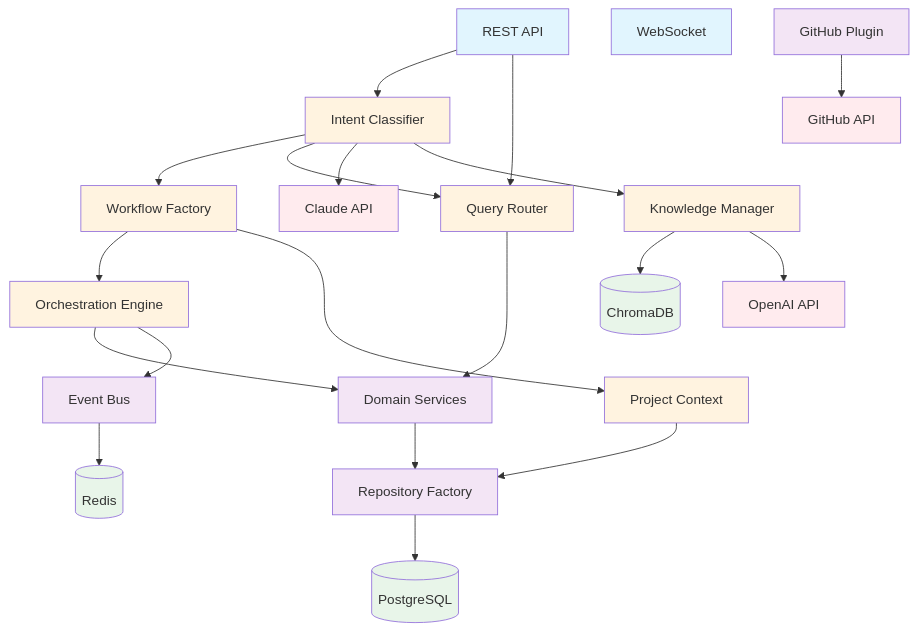
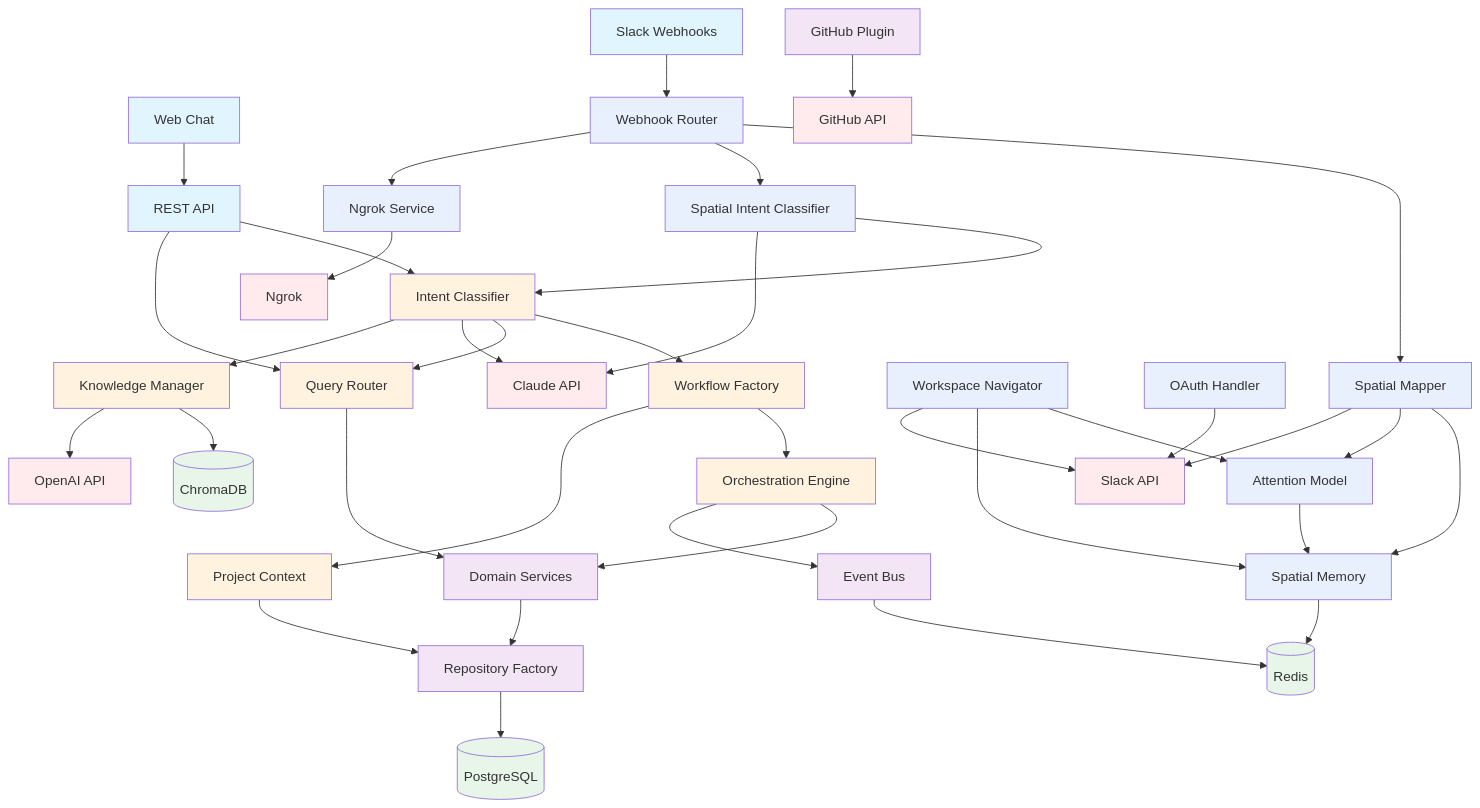
One commit to Ted-Nadeau/piper-morgan-product changed the diagram in docs/architecture/dependency-diagrams.md. Above: the diagram before and after it, drawn with Mermaid. The commit also changed other lines of this file and 31 other files, not shown here.

First line of the commit message:
Complete PM-074 Slack Spatial Intelligence System implementation

````diff
--- a/docs/architecture/dependency-diagrams.md
+++ b/docs/architecture/dependency-diagrams.md
@@ -70,7 +82,8 @@
 graph TD
     %% Presentation Layer
     API[REST API]
-    WS[WebSocket]
+    WC[Web Chat]
+    SW[Slack Webhooks]
 
     %% Application Layer
     IC[Intent Classifier]
@@ -86,6 +99,16 @@
     EB[Event Bus]
     GH[GitHub Plugin]
 
+    %% Slack Spatial Intelligence System
+    SM[Spatial Mapper]
+    AM[Attention Model]
+    WN[Workspace Navigator]
+    SMem[Spatial Memory]
+    SOH[OAuth Handler]
+    SIC[Spatial Intent Classifier]
+    WR[Webhook Router]
+    NS[Ngrok Service]
+
     %% Data Layer
     PG[(PostgreSQL)]
     CH[(ChromaDB)]
@@ -95,10 +118,14 @@
     CL[Claude API]
     OA[OpenAI API]
     GHA[GitHub API]
+    SA[Slack API]
+    NG[Ngrok]
 
     %% Dependencies
     API --> IC
     API --> QR
+    WC --> API
+    SW --> WR
     IC --> WF
     IC --> QR
     WF --> OE
@@ -116,16 +143,35 @@
     EB --> RD
     GH --> GHA
 
+    %% Slack Spatial Intelligence Dependencies
+    WR --> SM
+    WR --> SIC
+    SM --> SMem
+    SM --> AM
+    AM --> SMem
+    WN --> AM
+    WN --> SMem
+    SIC --> IC
+    SIC --> CL
+    SOH --> SA
+    NS --> NG
+    WR --> NS
+    SMem --> RD
+    SM --> SA
+    WN --> SA
+
     %% Styling
     classDef presentation fill:#e1f5fe
     classDef application fill:#fff3e0
     classDef service fill:#f3e5f5
+    classDef spatial fill:#e8f0fe
     classDef data fill:#e8f5e9
     classDef external fill:#ffebee
 
-    class API,WS presentation
+    class API,WC,SW presentation
     class IC,WF,QR,OE,PC,KM application
     class DS,RF,EB,GH service
+    class SM,AM,WN,SMem,SOH,SIC,WR,NS spatial
     class PG,CH,RD data
-    class CL,OA,GHA external
+    class CL,OA,GHA,SA,NG external
 ```
````
